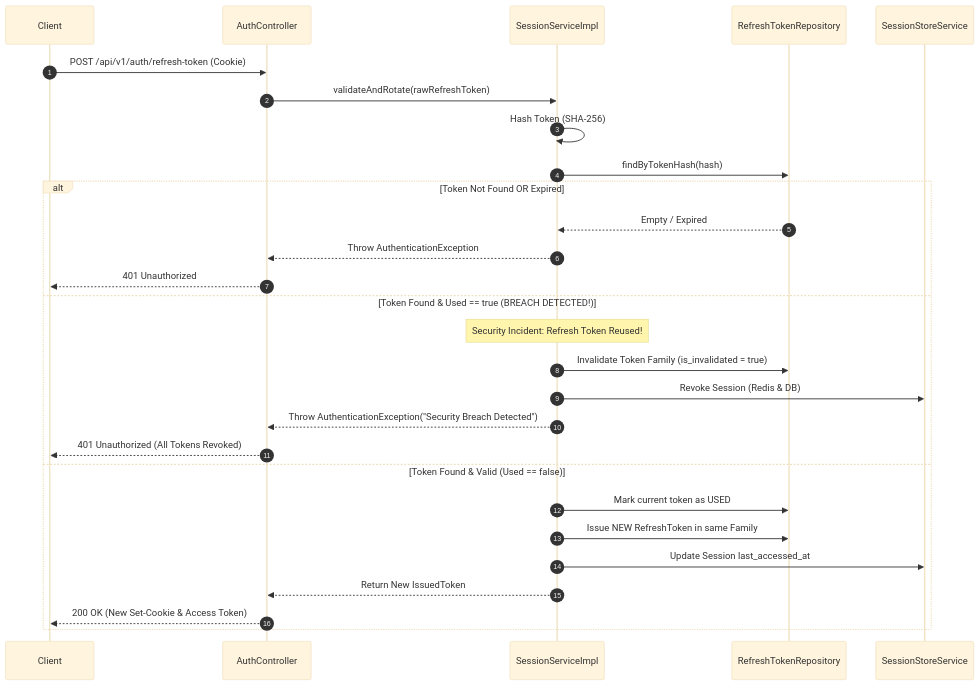
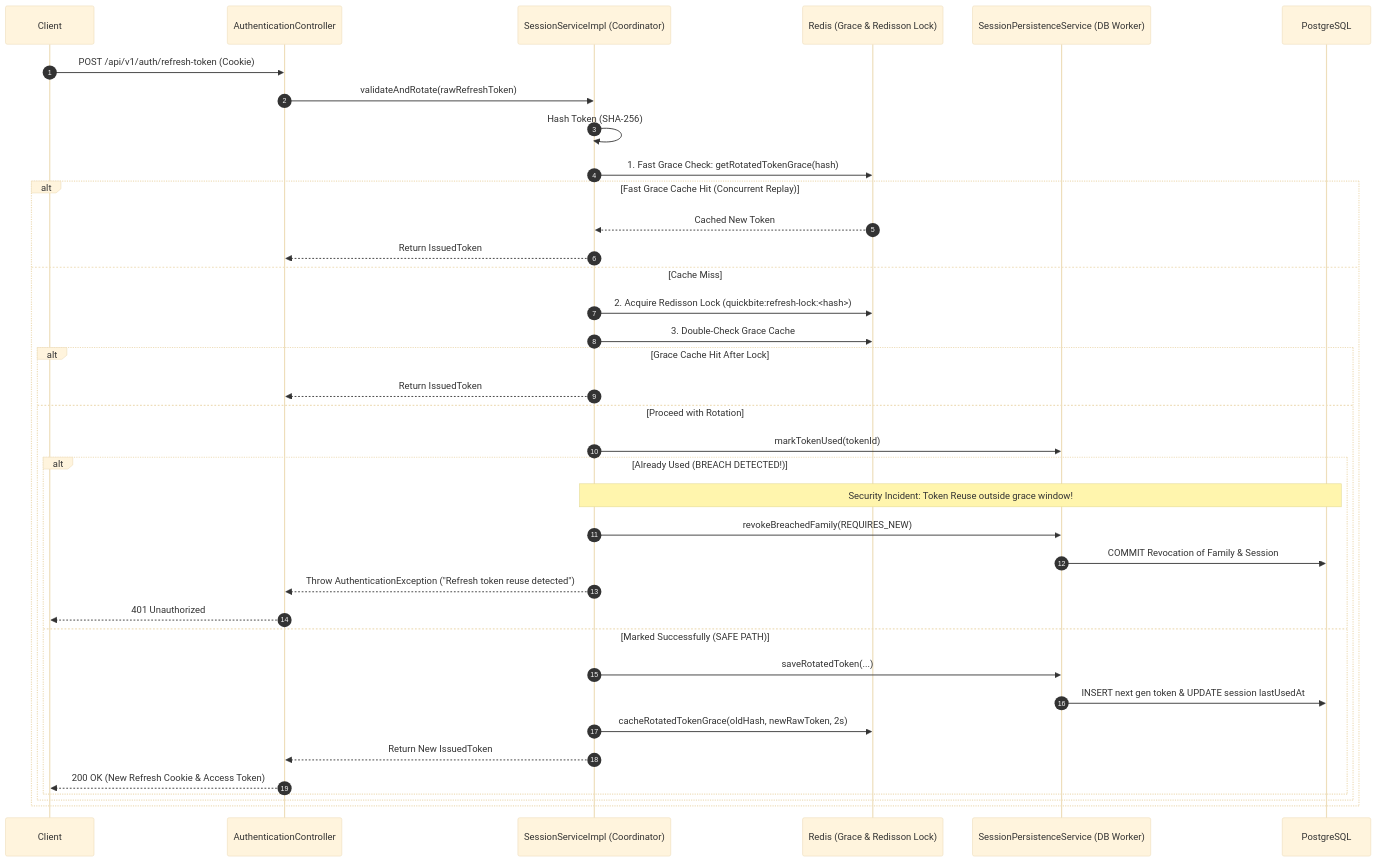
The fourth of 5 diagrams in docs/authentication.md (eshant52/quickbite-backend), drawn with Mermaid (base theme) before and after one commit. The commit also changed other lines of this file and 12 other files, not shown here.

````diff
--- a/docs/authentication.md
+++ b/docs/authentication.md
@@ -221,32 +224,41 @@
 ```mermaid
 sequenceDiagram
     autonumber
     participant Client
-    participant AuthController
-    participant SessionServiceImpl
-    participant RefreshTokenRepository
-    participant SessionStoreService
+    participant AuthenticationController
+    participant SessionServiceImpl as SessionServiceImpl (Coordinator)
+    participant Redis as Redis (Grace & Redisson Lock)
+    participant SessionPersistenceService as SessionPersistenceService (DB Worker)
+    participant DB as PostgreSQL
 
-    Client->>AuthController: POST /api/v1/auth/refresh-token (Cookie)
-    AuthController->>SessionServiceImpl: validateAndRotate(rawRefreshToken)
+    Client->>AuthenticationController: POST /api/v1/auth/refresh-token (Cookie)
+    AuthenticationController->>SessionServiceImpl: validateAndRotate(rawRefreshToken)
     SessionServiceImpl->>SessionServiceImpl: Hash Token (SHA-256)
-    SessionServiceImpl->>RefreshTokenRepository: findByTokenHash(hash)
-
-    alt Token Not Found OR Expired
-        RefreshTokenRepository-->>SessionServiceImpl: Empty / Expired
-        SessionServiceImpl-->>AuthController: Throw AuthenticationException
-        AuthController-->>Client: 401 Unauthorized
-    else Token Found & Used == true (BREACH DETECTED!)
-        Note over SessionServiceImpl: Security Incident: Refresh Token Reused!
-        SessionServiceImpl->>RefreshTokenRepository: Invalidate Token Family (is_invalidated = true)
-        SessionServiceImpl->>SessionStoreService: Revoke Session (Redis & DB)
-        SessionServiceImpl-->>AuthController: Throw AuthenticationException("Security Breach Detected")
-        AuthController-->>Client: 401 Unauthorized (All Tokens Revoked)
-    else Token Found & Valid (Used == false)
-        SessionServiceImpl->>RefreshTokenRepository: Mark current token as USED
-        SessionServiceImpl->>RefreshTokenRepository: Issue NEW RefreshToken in same Family
-        SessionServiceImpl->>SessionStoreService: Update Session last_accessed_at
-        SessionServiceImpl-->>AuthController: Return New IssuedToken
-        AuthController-->>Client: 200 OK (New Set-Cookie & Access Token)
+    
+    SessionServiceImpl->>Redis: 1. Fast Grace Check: getRotatedTokenGrace(hash)
+    alt Fast Grace Cache Hit (Concurrent Replay)
+        Redis-->>SessionServiceImpl: Cached New Token
+        SessionServiceImpl-->>AuthenticationController: Return IssuedToken
+    else Cache Miss
+        SessionServiceImpl->>Redis: 2. Acquire Redisson Lock (quickbite:refresh-lock:<hash>)
+        SessionServiceImpl->>Redis: 3. Double-Check Grace Cache
+        alt Grace Cache Hit After Lock
+            SessionServiceImpl-->>AuthenticationController: Return IssuedToken
+        else Proceed with Rotation
+            SessionServiceImpl->>SessionPersistenceService: markTokenUsed(tokenId)
+            alt Already Used (BREACH DETECTED!)
+                Note over SessionServiceImpl, DB: Security Incident: Token Reuse outside grace window!
+                SessionServiceImpl->>SessionPersistenceService: revokeBreachedFamily(REQUIRES_NEW)
+                SessionPersistenceService->>DB: COMMIT Revocation of Family & Session
+                SessionServiceImpl-->>AuthenticationController: Throw AuthenticationException ("Refresh token reuse detected")
+                AuthenticationController-->>Client: 401 Unauthorized
+            else Marked Successfully (SAFE PATH)
+                SessionServiceImpl->>SessionPersistenceService: saveRotatedToken(...)
+                SessionPersistenceService->>DB: INSERT next gen token & UPDATE session lastUsedAt
+                SessionServiceImpl->>Redis: cacheRotatedTokenGrace(oldHash, newRawToken, 2s)
+                SessionServiceImpl-->>AuthenticationController: Return New IssuedToken
+                AuthenticationController-->>Client: 200 OK (New Refresh Cookie & Access Token)
+            end
+        end
     end
 ```
````
